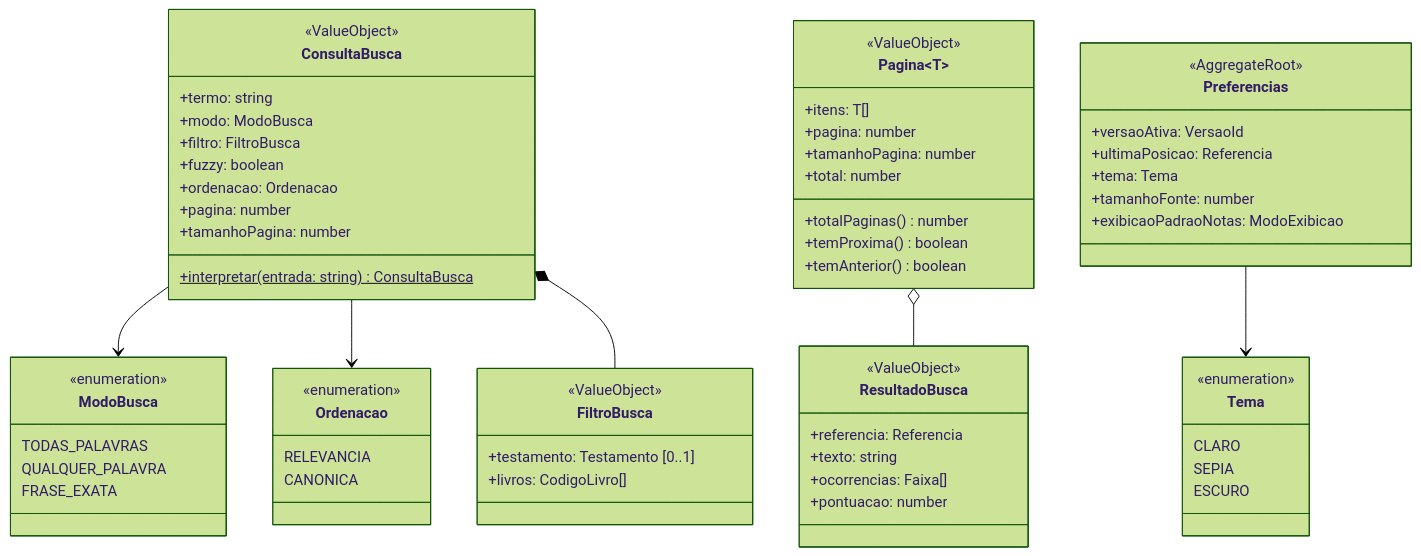
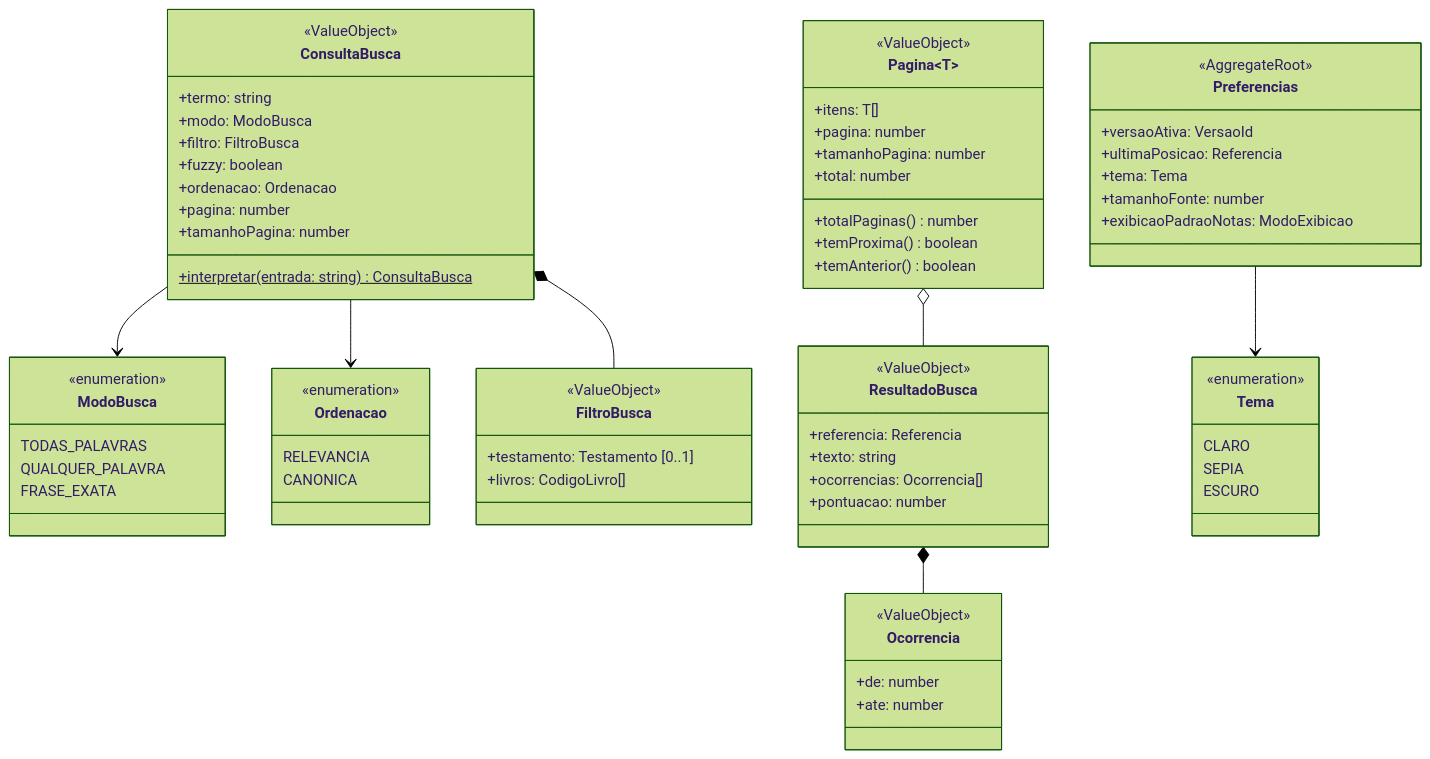
One commit to edioilha/biblia-app changed the sixth of 7 diagrams in docs/04-modelo-dominio.md. Above: the diagram before and after it, drawn with Mermaid (forest theme). The commit also changed other lines of this file and 7 other files, not shown here.

````diff
--- a/docs/04-modelo-dominio.md
+++ b/docs/04-modelo-dominio.md
@@ -480,8 +480,14 @@
         <<ValueObject>>
         +referencia: Referencia
         +texto: string
-        +ocorrencias: Faixa[]
+        +ocorrencias: Ocorrencia[]
         +pontuacao: number
+    }
+
+    class Ocorrencia {
+        <<ValueObject>>
+        +de: number
+        +ate: number
     }
 
     class Pagina~T~ {
@@ -515,5 +521,6 @@
     ConsultaBusca --> Ordenacao
     ConsultaBusca *-- FiltroBusca
     Pagina~T~ o-- ResultadoBusca
+    ResultadoBusca *-- Ocorrencia
     Preferencias --> Tema
 ```
````
